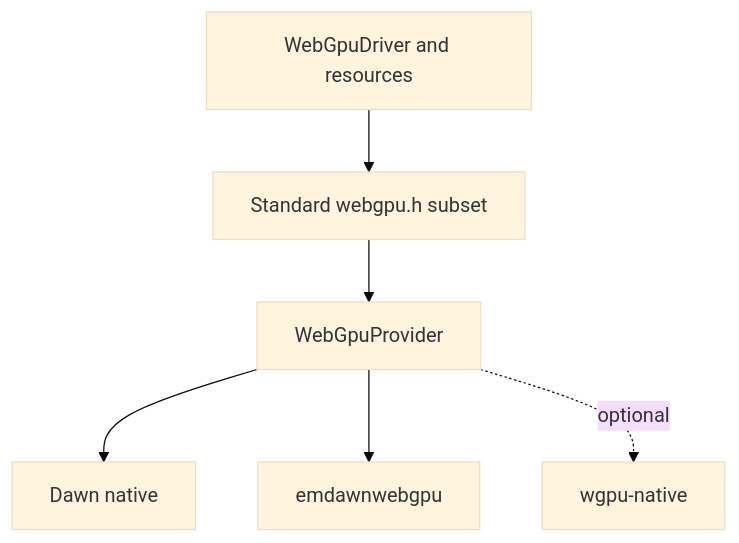
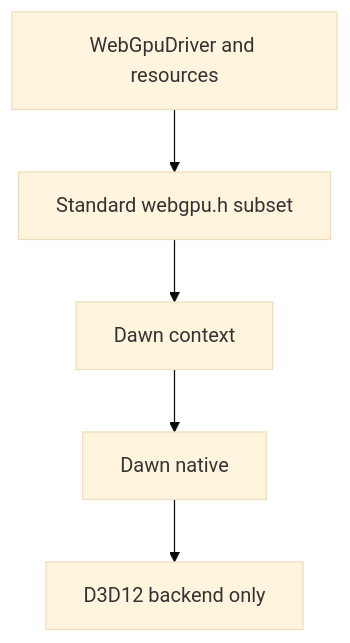
Before and after one commit to 0Camus0/T850: the third of 6 diagrams in documentation/rendering/proposal-webgpu.md, drawn with Mermaid (base theme). The commit also changed other lines of this file, not shown here.

````diff
--- a/documentation/rendering/proposal-webgpu.md
+++ b/documentation/rendering/proposal-webgpu.md
@@ -178,8 +213,7 @@
 ```mermaid
 flowchart TD
   T850[WebGpuDriver and resources] --> CAPI[Standard webgpu.h subset]
-  CAPI --> Provider[WebGpuProvider]
-  Provider --> Dawn[Dawn native]
-  Provider --> Emscripten[emdawnwebgpu]
-  Provider -. optional .-> WgpuNative[wgpu-native]
+  CAPI --> Context[Dawn context]
+  Context --> Dawn[Dawn native]
+  Dawn --> D3D12[D3D12 backend only]
 ```
````
